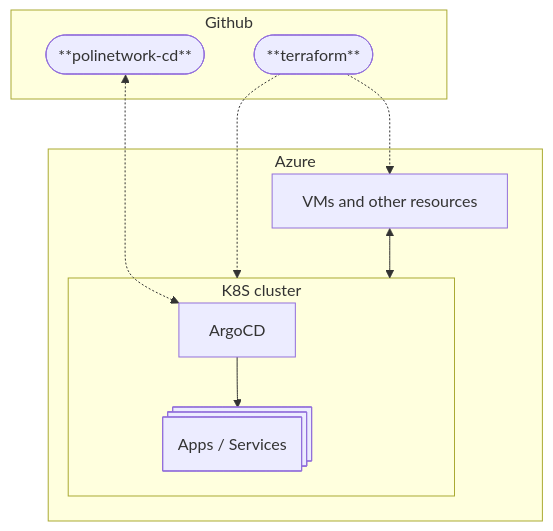
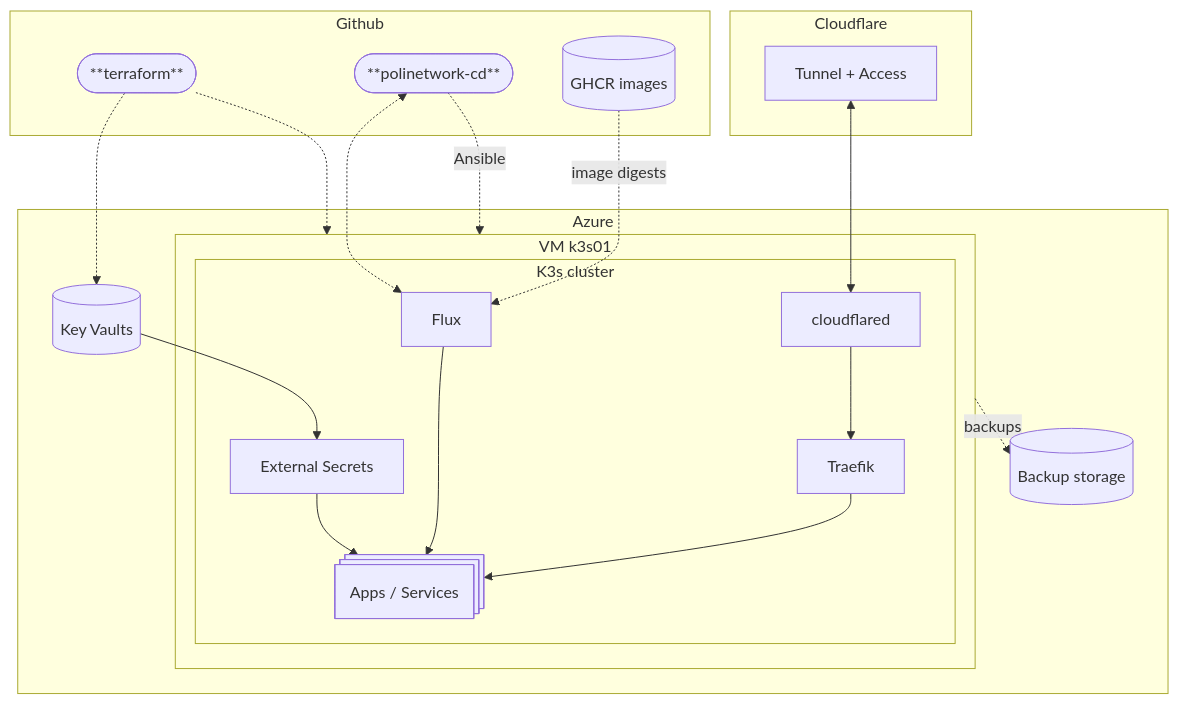
The diagram in docs/infrastructure/02-getting-started/cloud-infrastructure/index.md (PoliNetworkOrg/docs), drawn with Mermaid before and after one commit. The commit also changed other lines of this file and 15 other files, not shown here.

````diff
--- a/docs/infrastructure/02-getting-started/cloud-infrastructure/index.md
+++ b/docs/infrastructure/02-getting-started/cloud-infrastructure/index.md
@@ -15,19 +15,33 @@
 ```mermaid
 flowchart TD
   subgraph Github
     tf([**terraform**])
     cd([**polinetwork-cd**])
+    ghcr[(GHCR images)]
+  end
+  subgraph Cloudflare
+    edge[Tunnel + Access]
   end
   subgraph Azure
-    vm[VMs and other resources]
-    subgraph k8s[K8S cluster]
-      argocd[ArgoCD]
-      app@{ shape: processes, label: "Apps / Services" }
+    kv[(Key Vaults)]
+    blob[(Backup storage)]
+    subgraph vm[VM k3s01]
+      subgraph k3s[K3s cluster]
+        flux[Flux]
+        eso[External Secrets]
+        cfd[cloudflared]
+        traefik[Traefik]
+        app@{ shape: processes, label: "Apps / Services" }
+      end
     end
   end
 
   tf -.-> vm
-  tf -.-> k8s
-  vm <--> k8s
-  cd <-.-> argocd --> app
+  tf -.-> kv
+  cd -. Ansible .-> vm
+  cd <-.-> flux --> app
+  ghcr -. image digests .-> flux
+  kv --> eso --> app
+  edge <--> cfd --> traefik --> app
+  vm -. backups .-> blob
 ```
````
